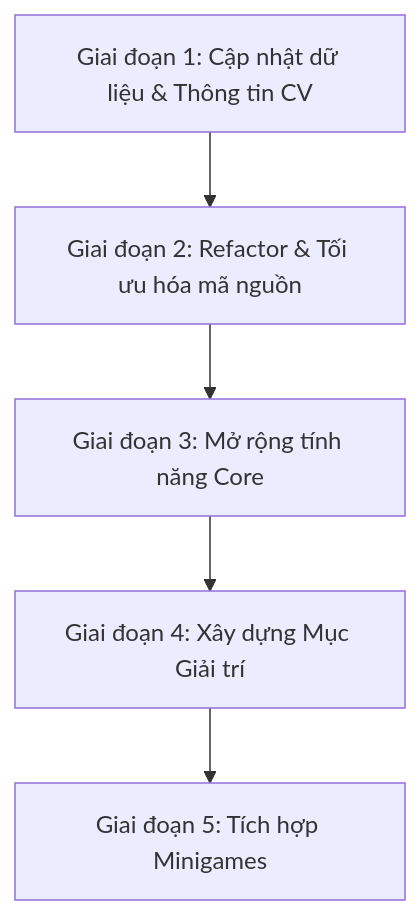
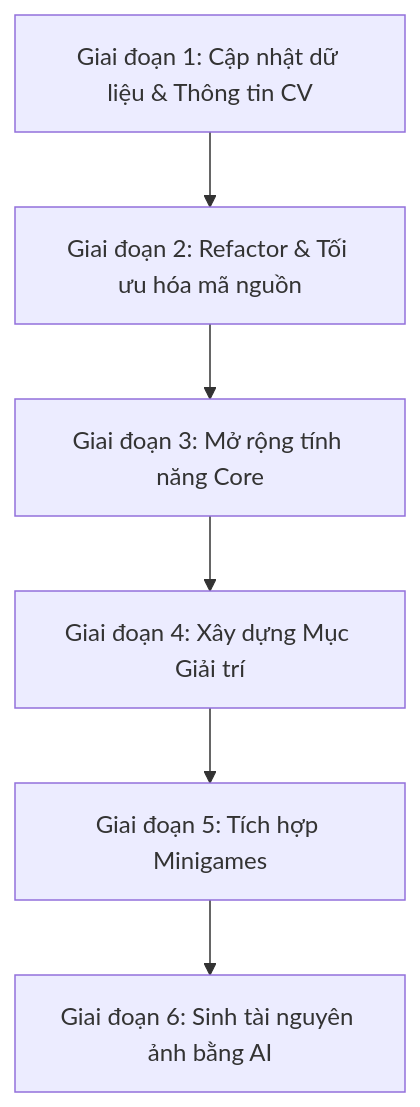
Before and after one commit to bloodthirstyleo/profiles-source: the diagram in plans/roadmap.md, drawn with Mermaid. The commit also changed other lines of this file and 1 other file, not shown here.

Commit message:
docs: add image generation plan and update roadmap

````diff
--- a/plans/roadmap.md
+++ b/plans/roadmap.md
@@ -11,7 +11,8 @@
 ```mermaid
 graph TD
     Phase1[Giai đoạn 1: Cập nhật dữ liệu & Thông tin CV] --> Phase2[Giai đoạn 2: Refactor & Tối ưu hóa mã nguồn]
     Phase2 --> Phase3[Giai đoạn 3: Mở rộng tính năng Core]
     Phase3 --> Phase4[Giai đoạn 4: Xây dựng Mục Giải trí]
     Phase4 --> Phase5[Giai đoạn 5: Tích hợp Minigames]
+    Phase5 --> Phase6[Giai đoạn 6: Sinh tài nguyên ảnh bằng AI]
 ```
````
